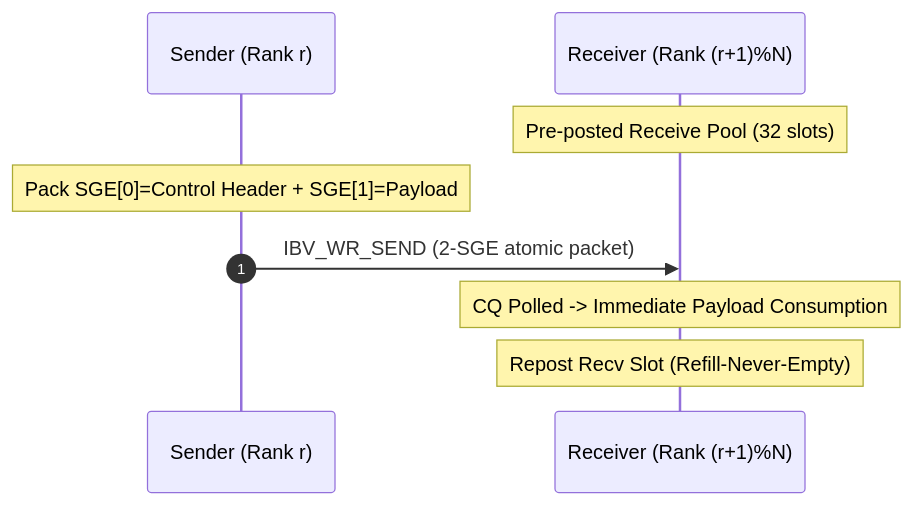
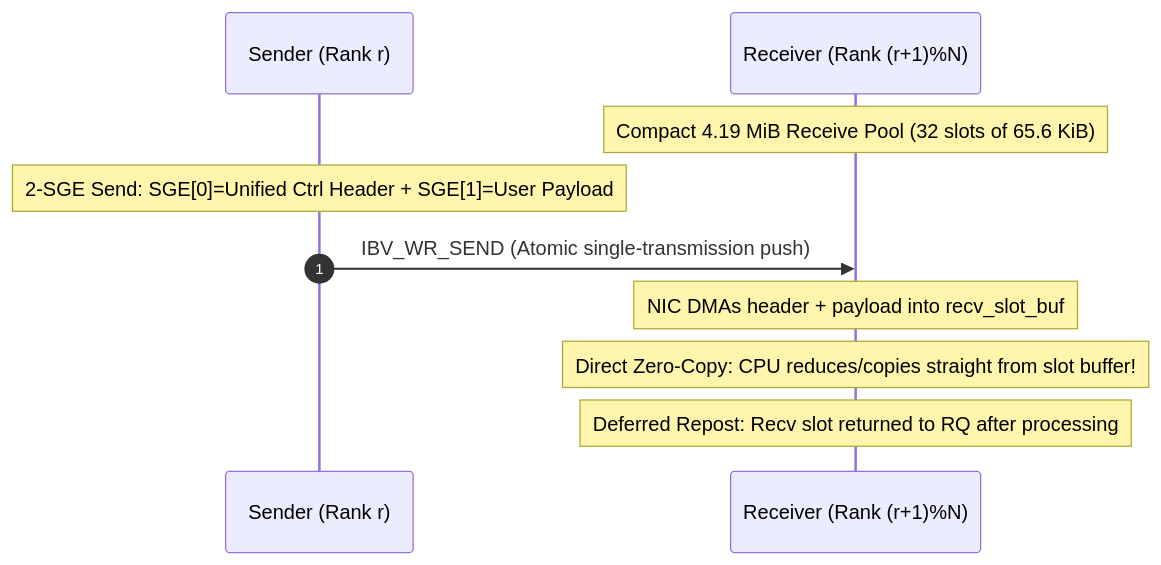
The third of 4 diagrams in README.md (marmor123/ex3_network), drawn with Mermaid before and after one commit. The commit also changed other lines of this file and 6 other files, not shown here.

First line of the commit message:
perf: optimize eager protocol memory footprint and implement direct zero-copy receive

````diff
--- a/README.md
+++ b/README.md
@@ -105,12 +105,13 @@
 ```mermaid
 sequenceDiagram
     autonumber
     participant S as Sender (Rank r)
     participant R as Receiver (Rank (r+1)%N)
 
-    Note over R: Pre-posted Receive Pool (32 slots)
-    Note over S: Pack SGE[0]=Control Header + SGE[1]=Payload
-    S->>R: IBV_WR_SEND (2-SGE atomic packet)
-    Note over R: CQ Polled -> Immediate Payload Consumption
-    Note over R: Repost Recv Slot (Refill-Never-Empty)
+    Note over R: Compact 4.19 MiB Receive Pool (32 slots of 65.6 KiB)
+    Note over S: 2-SGE Send: SGE[0]=Unified Ctrl Header + SGE[1]=User Payload
+    S->>R: IBV_WR_SEND (Atomic single-transmission push)
+    Note over R: NIC DMAs header + payload into recv_slot_buf
+    Note over R: Direct Zero-Copy: CPU reduces/copies straight from slot buffer!
+    Note over R: Deferred Repost: Recv slot returned to RQ after processing
 ```
````
